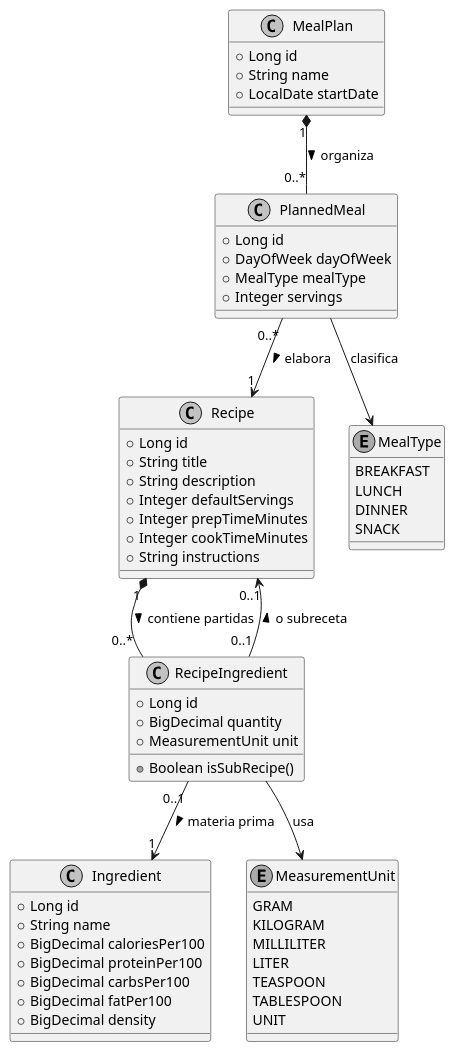
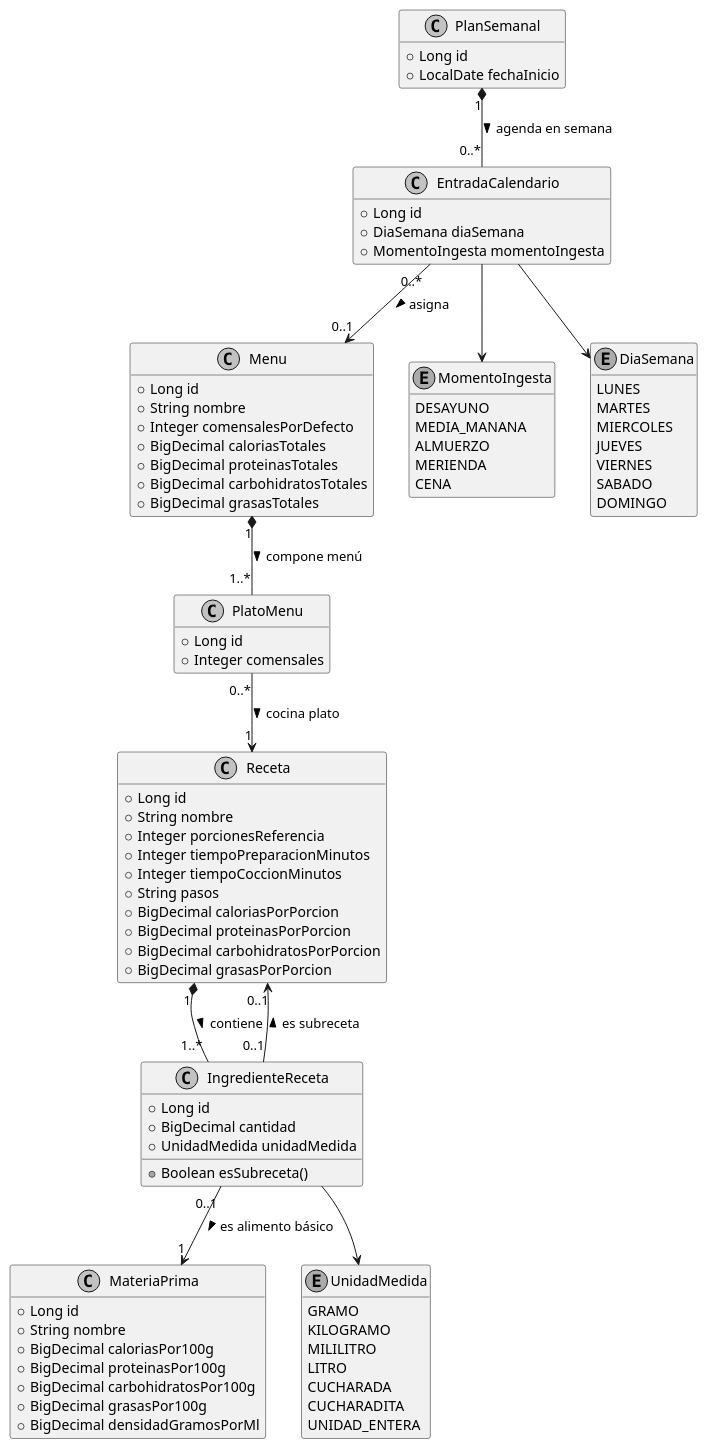
The diagram in docs/adr/001-persistence-association-and-subrecipes.md (symidas-dev/recipe-meal-planning), drawn with PlantUML before and after one commit. The commit also changed other lines of this file, not shown here.

Commit message:
docs(adr): synchronize ADR 001 with refined domain model, menus, media manana and precomputation

````diff
--- a/docs/adr/001-persistence-association-and-subrecipes.md
+++ b/docs/adr/001-persistence-association-and-subrecipes.md
@@ -59,72 +69,105 @@
 skinparam monochrome true
 skinparam packageStyle rectangle
 skinparam shadowing false
+hide empty methods
 
-class Recipe {
+class PlanSemanal {
     + Long id
-    + String title
-    + String description
-    + Integer defaultServings
-    + Integer prepTimeMinutes
-    + Integer cookTimeMinutes
-    + String instructions
+    + LocalDate fechaInicio
 }
 
-class RecipeIngredient {
+class EntradaCalendario {
     + Long id
-    + BigDecimal quantity
-    + MeasurementUnit unit
-    + Boolean isSubRecipe()
+    + DiaSemana diaSemana
+    + MomentoIngesta momentoIngesta
 }
 
-class Ingredient {
+class Menu {
     + Long id
-    + String name
-    + BigDecimal caloriesPer100
-    + BigDecimal proteinPer100
-    + BigDecimal carbsPer100
-    + BigDecimal fatPer100
-    + BigDecimal density
+    + String nombre
+    + Integer comensalesPorDefecto
+    + BigDecimal caloriasTotales
+    + BigDecimal proteinasTotales
+    + BigDecimal carbohidratosTotales
+    + BigDecimal grasasTotales
 }
 
-class MealPlan {
+class PlatoMenu {
     + Long id
-    + String name
-    + LocalDate startDate
+    + Integer comensales
 }
 
-class PlannedMeal {
+class Receta {
     + Long id
-    + DayOfWeek dayOfWeek
-    + MealType mealType
-    + Integer servings
+    + String nombre
+    + Integer porcionesReferencia
+    + Integer tiempoPreparacionMinutos
+    + Integer tiempoCoccionMinutos
+    + String pasos
+    + BigDecimal caloriasPorPorcion
+    + BigDecimal proteinasPorPorcion
+    + BigDecimal carbohidratosPorPorcion
+    + BigDecimal grasasPorPorcion
 }
 
-enum MeasurementUnit {
-    GRAM
-    KILOGRAM
-    MILLILITER
-    LITER
-    TEASPOON
-    TABLESPOON
-    UNIT
+class IngredienteReceta {
+    + Long id
+    + BigDecimal cantidad
+    + UnidadMedida unidadMedida
+    + Boolean esSubreceta()
 }
 
-enum MealType {
-    BREAKFAST
-    LUNCH
-    DINNER
-    SNACK
+class MateriaPrima {
+    + Long id
+    + String nombre
+    + BigDecimal caloriasPor100g
+    + BigDecimal proteinasPor100g
+    + BigDecimal carbohidratosPor100g
+    + BigDecimal grasasPor100g
+    + BigDecimal densidadGramosPorMl
 }
 
-Recipe "1" *-- "0..*" RecipeIngredient : contiene partidas >
-RecipeIngredient "0..1" --> "1" Ingredient : materia prima >
-RecipeIngredient "0..1" --> "0..1" Recipe : o subreceta >
+enum UnidadMedida {
+    GRAMO
+    KILOGRAMO
+    MILILITRO
+    LITRO
+    CUCHARADA
+    CUCHARADITA
+    UNIDAD_ENTERA
+}
 
-MealPlan "1" *-- "0..*" PlannedMeal : organiza >
-PlannedMeal "0..*" --> "1" Recipe : elabora >
-RecipeIngredient --> MeasurementUnit : usa
-PlannedMeal --> MealType : clasifica
+enum MomentoIngesta {
+    DESAYUNO
+    MEDIA_MANANA
+    ALMUERZO
+    MERIENDA
+    CENA
+}
+
+enum DiaSemana {
+    LUNES
+    MARTES
+    MIERCOLES
+    JUEVES
+    VIERNES
+    SABADO
+    DOMINGO
+}
+
+PlanSemanal "1" *-- "0..*" EntradaCalendario : agenda en semana >
+EntradaCalendario "0..*" --> "0..1" Menu : asigna >
+
+Menu "1" *-- "1..*" PlatoMenu : compone menú >
+PlatoMenu "0..*" --> "1" Receta : cocina plato >
+
+Receta "1" *-- "1..*" IngredienteReceta : contiene >
+IngredienteReceta "0..1" --> "1" MateriaPrima : es alimento básico >
+IngredienteReceta "0..1" --> "0..1" Receta : es subreceta >
+
+IngredienteReceta --> UnidadMedida
+EntradaCalendario --> MomentoIngesta
+EntradaCalendario --> DiaSemana
 
 @enduml
 ```
````
